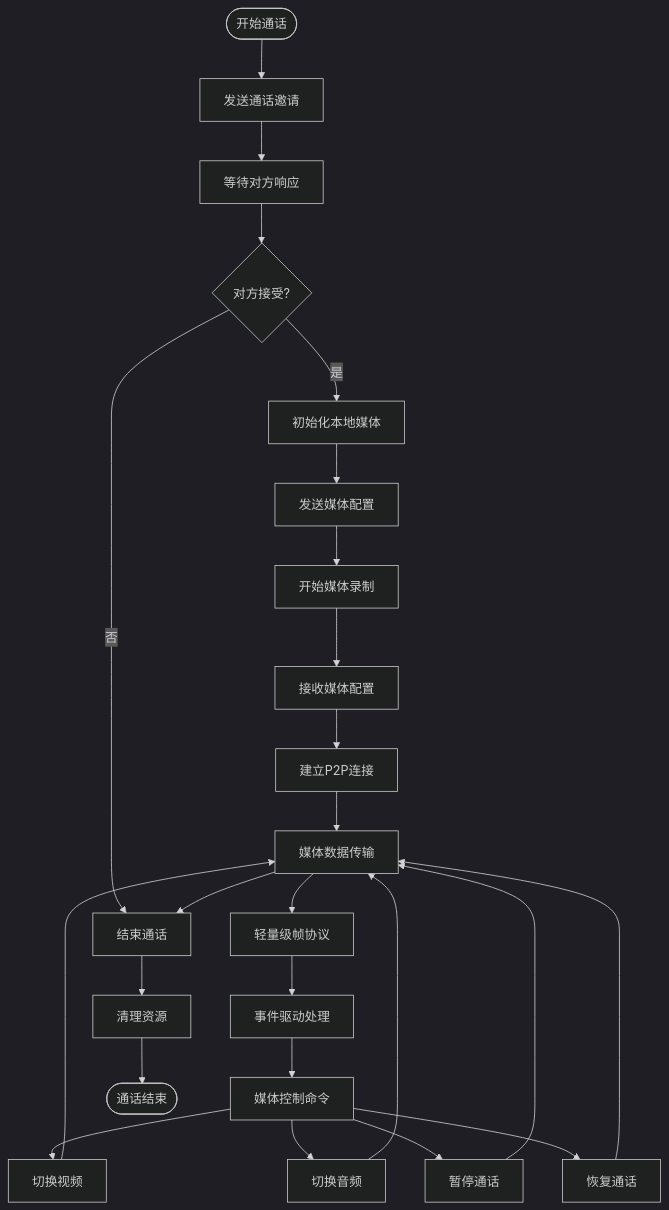
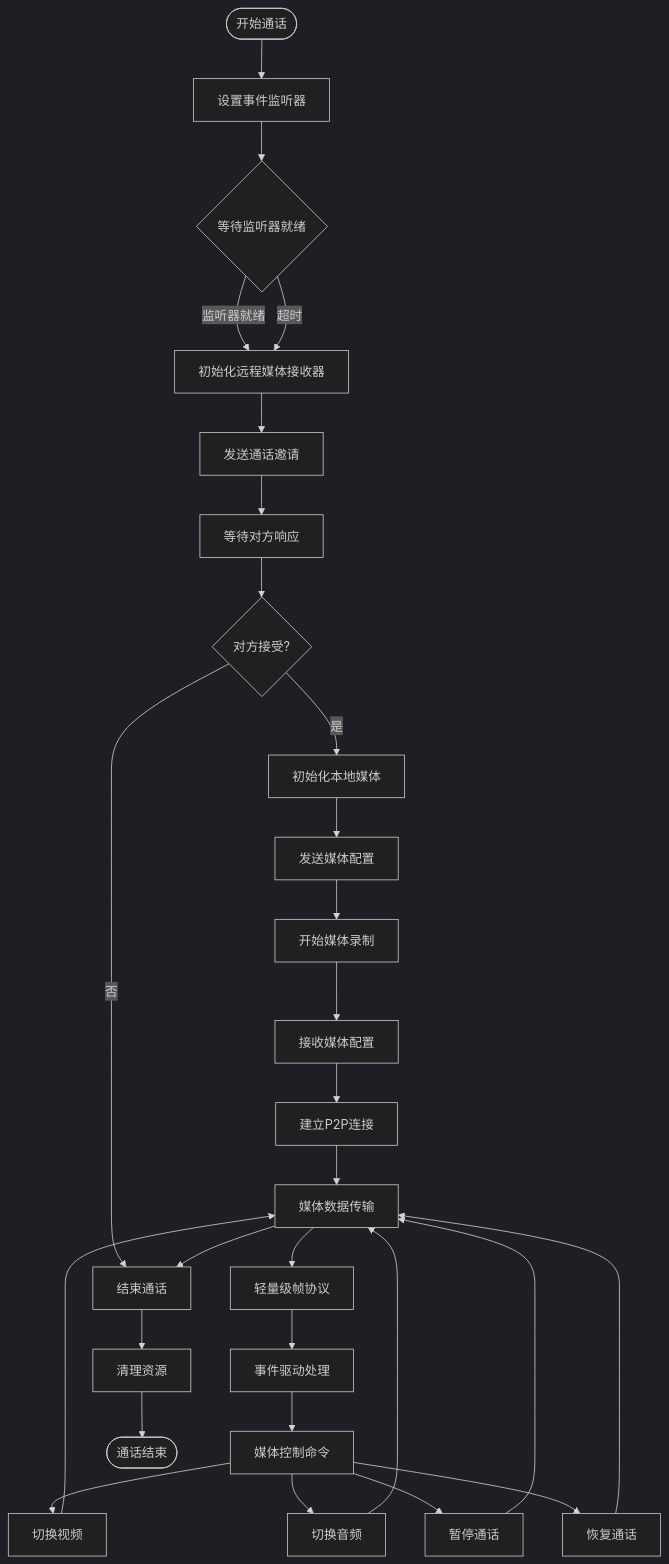
The fourth of 21 diagrams in .qoder/repowiki/zh/content/Privacy Video Call.md (nicolastinger/only-talk-app), drawn with Mermaid (dark theme) before and after one commit. The commit also changed other lines of this file and 17 other files, not shown here.

````diff
--- a/.qoder/repowiki/zh/content/Privacy Video Call.md
+++ b/.qoder/repowiki/zh/content/Privacy Video Call.md
@@ -194,27 +208,31 @@
 ```mermaid
 flowchart TD
-Start([开始通话]) --> Invite[发送通话邀请]
+Start([开始通话]) --> SetupEventListeners[设置事件监听器]
+SetupEventListeners --> WaitReady{等待监听器就绪}
+WaitReady --> |监听器就绪| InitRemoteMedia[初始化远程媒体接收器]
+WaitReady --> |超时| InitRemoteMedia
+InitRemoteMedia --> Invite[发送通话邀请]
 Invite --> Wait[等待对方响应]
 Wait --> Accepted{对方接受?}
-Accepted --> |是| InitMedia[初始化本地媒体]
+Accepted --> |是| InitLocalMedia[初始化本地媒体]
 Accepted --> |否| EndCall[结束通话]
-InitMedia --> SendConfig[发送媒体配置]
+InitLocalMedia --> SendConfig[发送媒体配置]
 SendConfig --> StartRecording[开始媒体录制]
 StartRecording --> ReceiveConfig[接收媒体配置]
 ReceiveConfig --> EstablishConnection[建立P2P连接]
 EstablishConnection --> MediaTransfer[媒体数据传输]
 MediaTransfer --> LightWeightProtocol[轻量级帧协议]
 LightWeightProtocol --> EventHandling[事件驱动处理]
 EventHandling --> ControlCommands[媒体控制命令]
 ControlCommands --> ToggleVideo[切换视频]
 ControlCommands --> ToggleAudio[切换音频]
 ControlCommands --> PauseCall[暂停通话]
 ControlCommands --> ResumeCall[恢复通话]
 ToggleVideo --> MediaTransfer
 ToggleAudio --> MediaTransfer
 PauseCall --> MediaTransfer
 ResumeCall --> MediaTransfer
 MediaTransfer --> EndCall[结束通话]
 EndCall --> Cleanup[清理资源]
 Cleanup --> Complete([通话结束])
 ```
````
